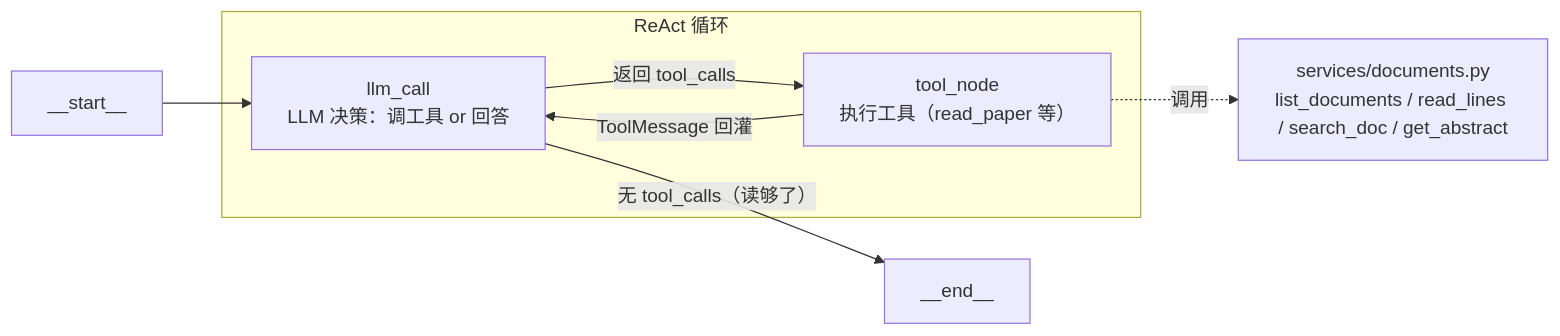
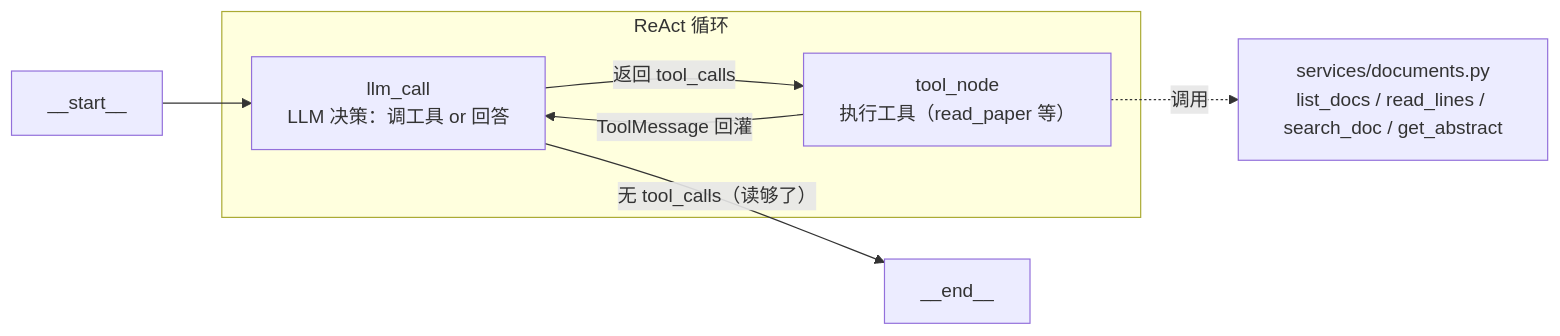
Before and after one commit to 00-DS/Agentic-Search: the second of 2 diagrams in 任务文档/02-LangGraph-Agent.md, drawn with Mermaid. The commit also changed other lines of this file and 7 other files, not shown here.

First line of the commit message:
refactor: 统一 store_document→store_doc, list_documents→list_docs

````diff
--- a/任务文档/02-LangGraph-Agent.md
+++ b/任务文档/02-LangGraph-Agent.md
@@ -87,12 +87,12 @@
 ```mermaid
 graph LR
     Start["__start__"] --> LLM["llm_call<br/>LLM 决策：调工具 or 回答"]
     LLM -->|"返回 tool_calls"| Tool["tool_node<br/>执行工具（read_paper 等）"]
     Tool -->|"ToolMessage 回灌"| LLM
     LLM -->|"无 tool_calls（读够了）"| End["__end__"]
-    Tool -.->|"调用"| Docs["services/documents.py<br/>list_documents / read_lines / search_doc / get_abstract"]
+    Tool -.->|"调用"| Docs["services/documents.py<br/>list_docs / read_lines / search_doc / get_abstract"]
     subgraph ReAct 循环
         LLM
         Tool
     end
 ```
````
